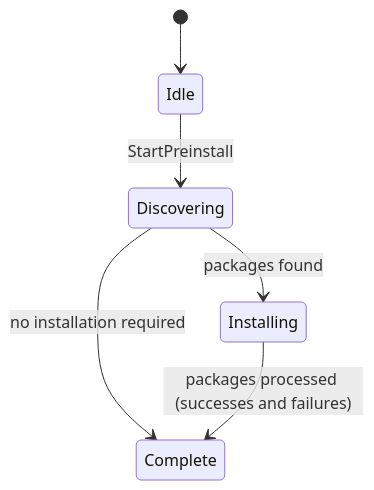
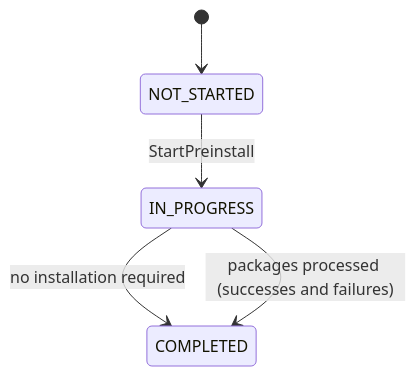
The fifth of 5 diagrams in PreinstallManager/PreinstallManager.md (rdkcentral/entservices-appmanagers), drawn with Mermaid before and after one commit. The commit also changed other lines of this file and 6 other files, not shown here.

````diff
--- a/PreinstallManager/PreinstallManager.md
+++ b/PreinstallManager/PreinstallManager.md
@@ -208,8 +201,7 @@
 ```mermaid
 stateDiagram-v2
-    [*] --> Idle
-    Idle --> Discovering: StartPreinstall
-    Discovering --> Installing: packages found
-    Discovering --> Complete: no installation required
-    Installing --> Complete: packages processed (successes and failures)
+    [*] --> NOT_STARTED
+    NOT_STARTED --> IN_PROGRESS: StartPreinstall
+    IN_PROGRESS --> COMPLETED: no installation required
+    IN_PROGRESS --> COMPLETED: packages processed (successes and failures)
 ```
````
